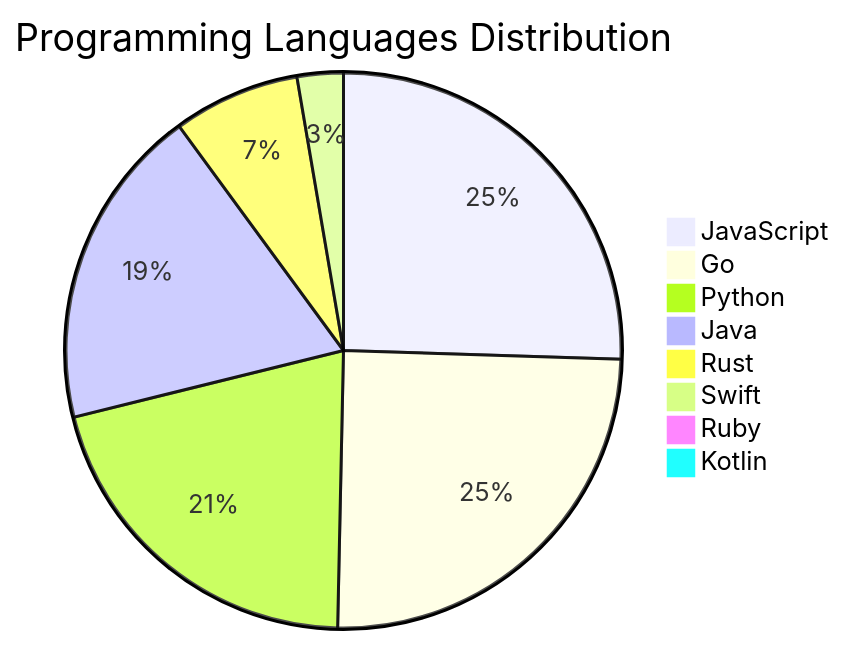
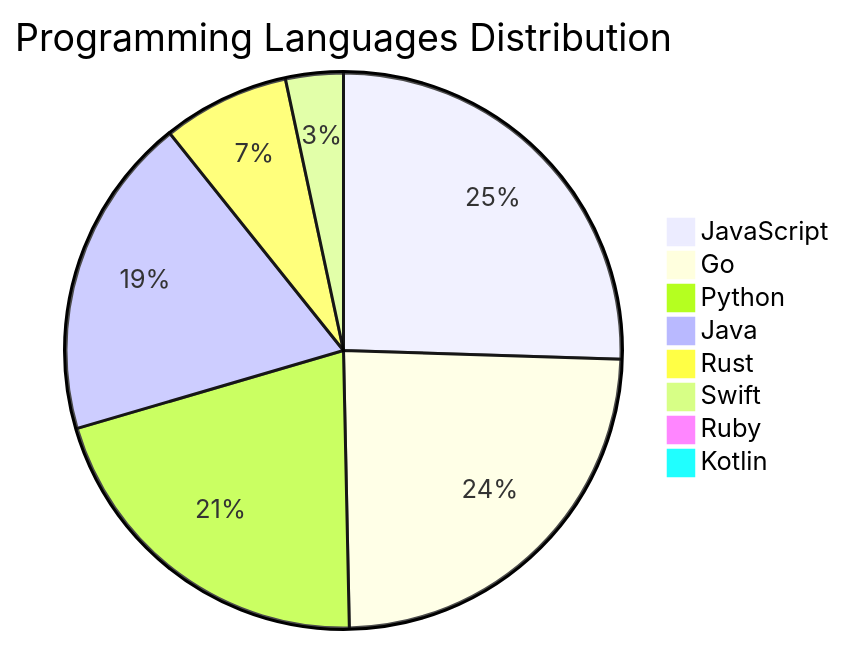
The diagram in README.md (Derrick-MUGISHA/github-activity-bot), drawn with Mermaid before and after one commit. The commit also changed other lines of this file and 4 other files, not shown here.

````diff
--- a/README.md
+++ b/README.md
@@ -208,11 +208,11 @@
 ```mermaid
 pie title Programming Languages Distribution
     "JavaScript" : 38
-    "Go" : 37
+    "Go" : 36
     "Python" : 31
     "Java" : 28
     "Rust" : 11
-    "Swift" : 4
+    "Swift" : 5
     "Ruby" : 1
     "Kotlin" : 1
 ```
````
